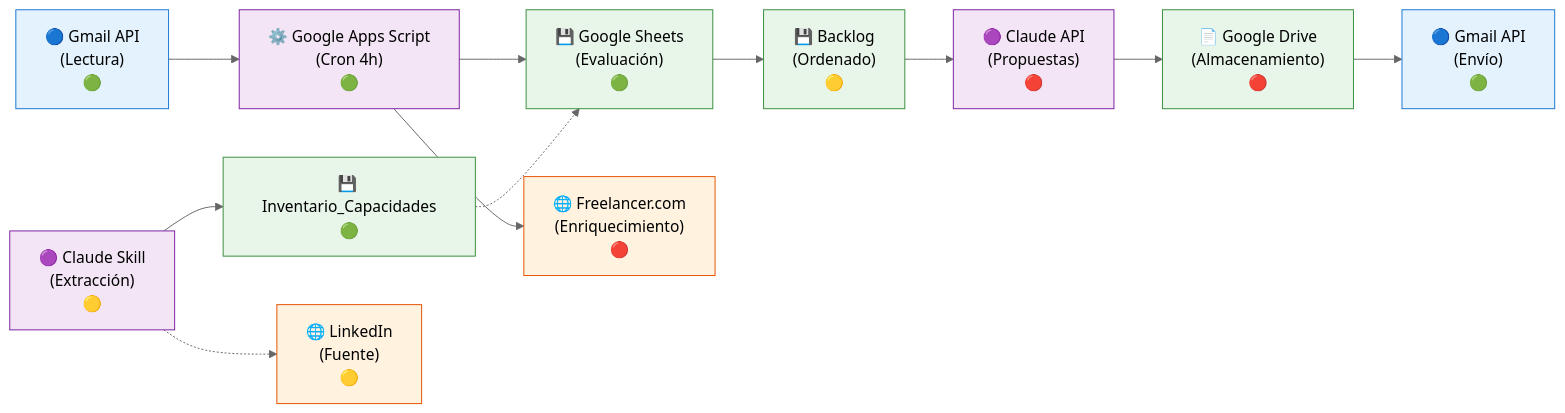
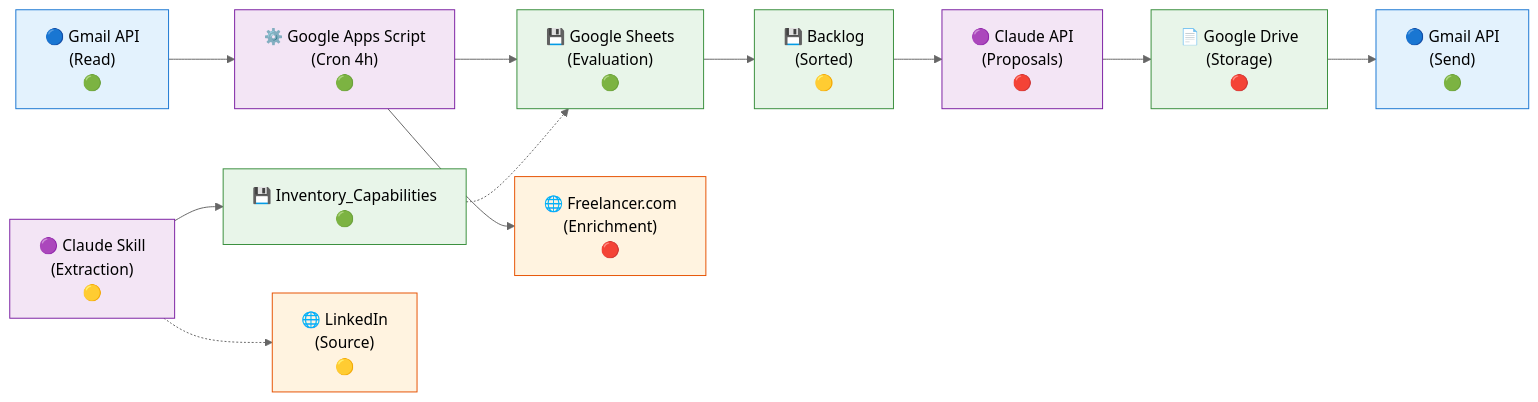
The fourth of 4 diagrams in docs/vistas/componentes_tecnologicos.md (yadenispinero/Leads-auto), drawn with Mermaid (neutral theme) before and after one commit. The commit also changed other lines of this file, not shown here.

First line of the commit message:
docs: Translate all diagrams and content to English

````diff
--- a/docs/vistas/componentes_tecnologicos.md
+++ b/docs/vistas/componentes_tecnologicos.md
@@ -220,26 +220,26 @@
 ```mermaid
 graph LR
-    A["🔵 Gmail API<br/>(Lectura)<br/>🟢"] --> B["⚙️ Google Apps Script<br/>(Cron 4h)<br/>🟢"]
-    B --> C["💾 Google Sheets<br/>(Evaluación)<br/>🟢"]
-    B --> D["🌐 Freelancer.com<br/>(Enriquecimiento)<br/>🔴"]
-    C --> E["💾 Backlog<br/>(Ordenado)<br/>🟡"]
-    E --> F["🟣 Claude API<br/>(Propuestas)<br/>🔴"]
-    F --> G["📄 Google Drive<br/>(Almacenamiento)<br/>🔴"]
-    G --> H["🔵 Gmail API<br/>(Envío)<br/>🟢"]
+    A["🔵 Gmail API<br/>(Read)<br/>🟢"] --> B["⚙️ Google Apps Script<br/>(Cron 4h)<br/>🟢"]
+    B --> C["💾 Google Sheets<br/>(Evaluation)<br/>🟢"]
+    B --> D["🌐 Freelancer.com<br/>(Enrichment)<br/>🔴"]
+    C --> E["💾 Backlog<br/>(Sorted)<br/>🟡"]
+    E --> F["🟣 Claude API<br/>(Proposals)<br/>🔴"]
+    F --> G["📄 Google Drive<br/>(Storage)<br/>🔴"]
+    G --> H["🔵 Gmail API<br/>(Send)<br/>🟢"]
     
-    I["💾 Inventario_Capacidades<br/>🟢"] -.-> C
-    J["🟣 Claude Skill<br/>(Extracción)<br/>🟡"] --> I
-    J -.-> K["🌐 LinkedIn<br/>(Fuente)<br/>🟡"]
+    I["💾 Inventory_Capabilities<br/>🟢"] -.-> C
+    J["🟣 Claude Skill<br/>(Extraction)<br/>🟡"] --> I
+    J -.-> K["🌐 LinkedIn<br/>(Source)<br/>🟡"]
     
     style A fill:#e3f2fd,stroke:#1976d2
     style B fill:#f3e5f5,stroke:#7b1fa2
     style C fill:#e8f5e9,stroke:#388e3c
     style D fill:#fff3e0,stroke:#e65100
     style E fill:#e8f5e9,stroke:#388e3c
     style F fill:#f3e5f5,stroke:#7b1fa2
     style G fill:#e8f5e9,stroke:#388e3c
     style H fill:#e3f2fd,stroke:#1976d2
     style I fill:#e8f5e9,stroke:#388e3c
     style J fill:#f3e5f5,stroke:#7b1fa2
     style K fill:#fff3e0,stroke:#e65100
 ```
````
